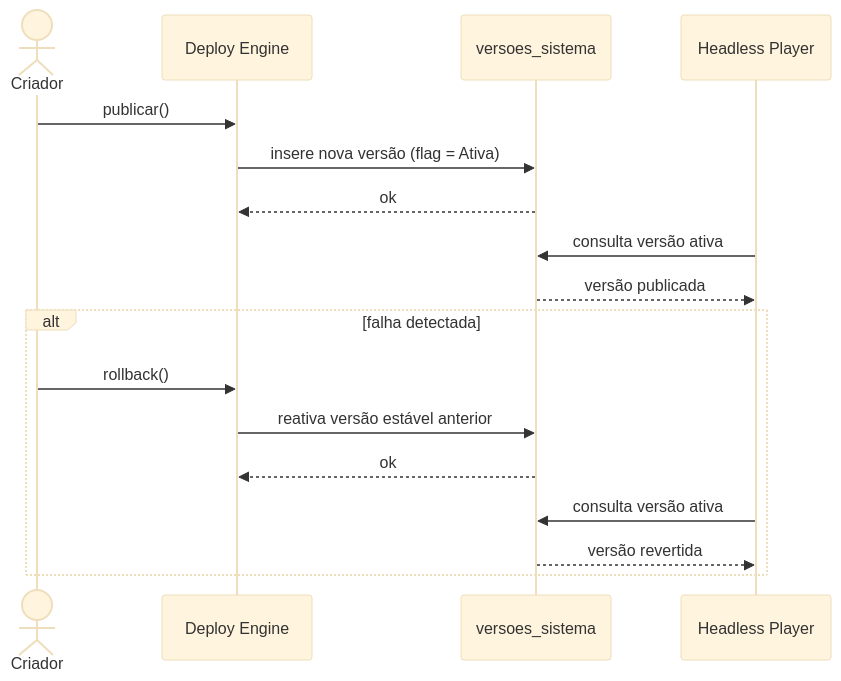
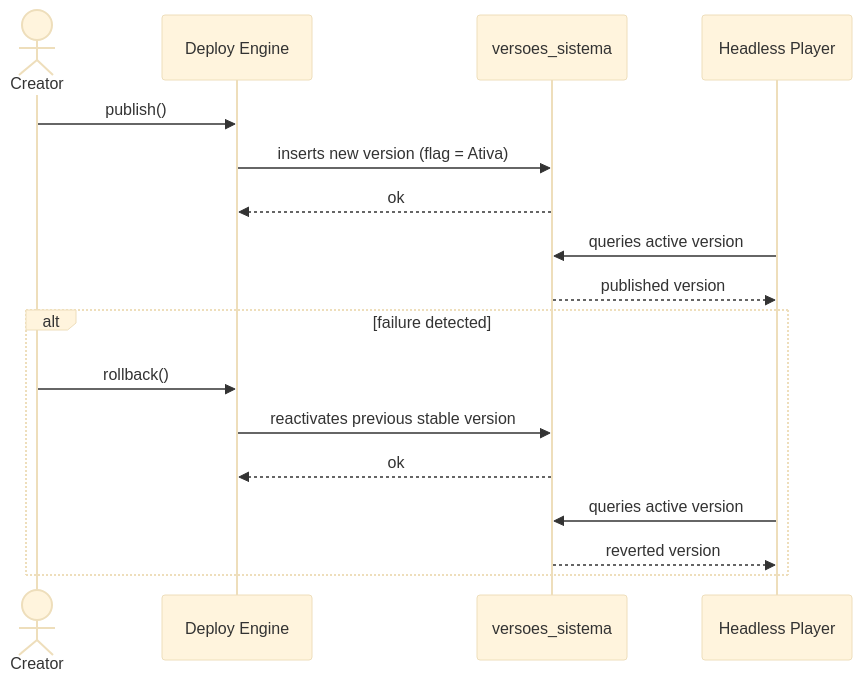
The fourth of 6 diagrams in doc/ANALISE_REQUISITOS.md (GiovaniRodrigo/arquitetura-mach-saas-nocode), drawn with Mermaid (base theme) before and after one commit. The commit also changed other lines of this file and 86 other files, not shown here.

````diff
--- a/doc/ANALISE_REQUISITOS.md
+++ b/doc/ANALISE_REQUISITOS.md
@@ -137,20 +137,20 @@
 ```mermaid
 sequenceDiagram
-    actor criador as Criador
+    actor criador as Creator
     participant deploy as Deploy Engine
     participant db as versoes_sistema
     participant player as Headless Player
 
-    criador->>deploy: publicar()
-    deploy->>db: insere nova versão (flag = Ativa)
+    criador->>deploy: publish()
+    deploy->>db: inserts new version (flag = Ativa)
     db-->>deploy: ok
-    player->>db: consulta versão ativa
-    db-->>player: versão publicada
-    alt falha detectada
+    player->>db: queries active version
+    db-->>player: published version
+    alt failure detected
         criador->>deploy: rollback()
-        deploy->>db: reativa versão estável anterior
+        deploy->>db: reactivates previous stable version
         db-->>deploy: ok
-        player->>db: consulta versão ativa
-        db-->>player: versão revertida
+        player->>db: queries active version
+        db-->>player: reverted version
     end
 ```
````
